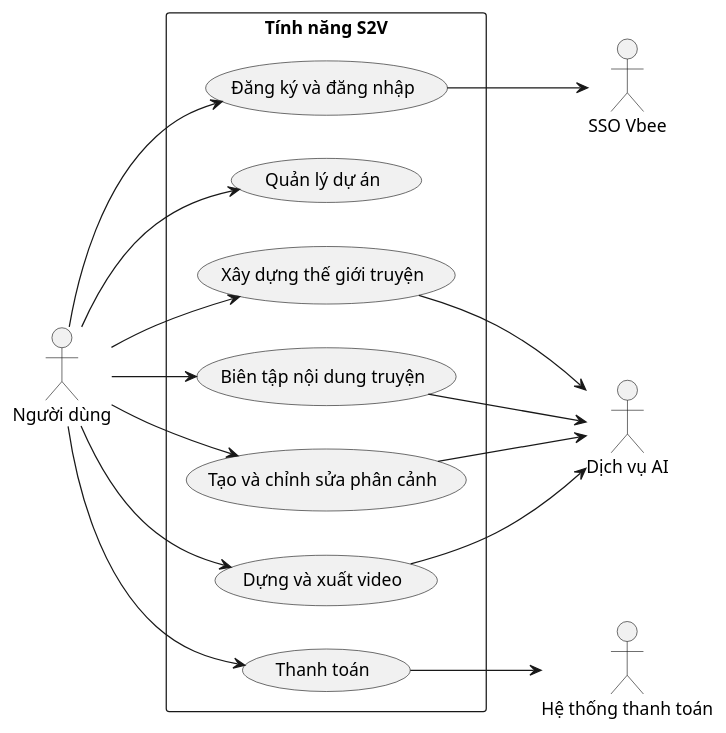
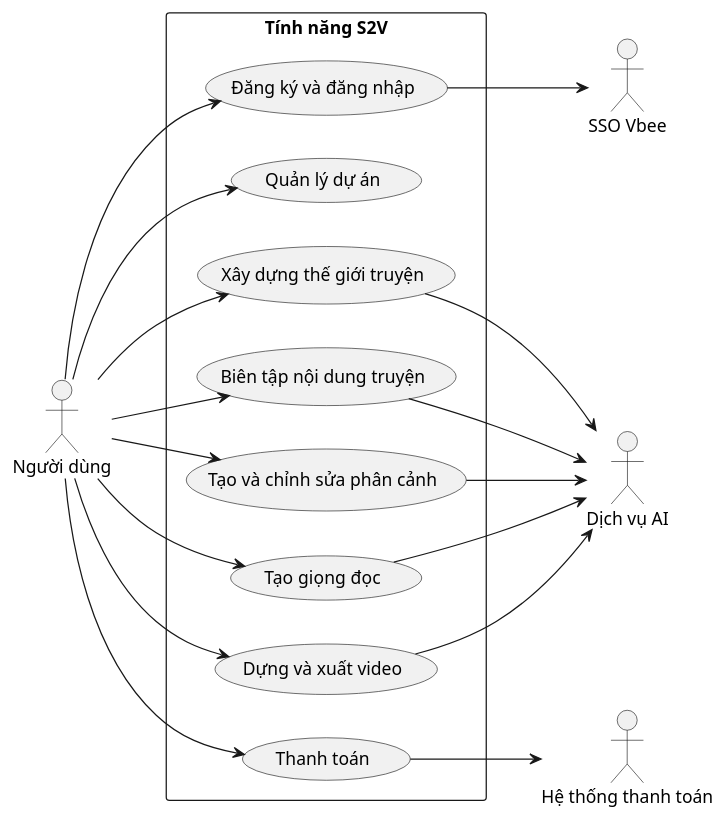
One commit to 202416852-anhpv/story2video-docs changed the diagram in docs/bieu-do-uc/tong-quat.puml. Above: the diagram before and after it, drawn with PlantUML.

Commit message:
them uc cho sd tong quan

```diff
--- a/docs/bieu-do-uc/tong-quat.puml
+++ b/docs/bieu-do-uc/tong-quat.puml
@@ -1,34 +1,37 @@
 @startuml tong-quat
 left to right direction
 
 actor "Người dùng" as User
 actor "SSO Vbee" as SSO
 actor "Dịch vụ AI" as AI_Service
 actor "Hệ thống thanh toán" as PAY_SYS
 
 rectangle "Tính năng S2V" {
     usecase "Đăng ký và đăng nhập" as UC_01
     usecase "Quản lý dự án" as UC_02
     usecase "Xây dựng thế giới truyện" as UC_03
     usecase "Biên tập nội dung truyện" as UC_04
     usecase "Tạo và chỉnh sửa phân cảnh" as UC_05
+    usecase "Tạo giọng đọc" as UC_08
     usecase "Dựng và xuất video" as UC_06
     usecase "Thanh toán" as UC_07
 }
 
 User --> UC_01
 User --> UC_02
 User --> UC_03
 User --> UC_04
 User --> UC_05
 User --> UC_06
 User --> UC_07
+User --> UC_08
 
 UC_07 --> PAY_SYS
 UC_01 --> SSO
 UC_03 --> AI_Service
 UC_04 --> AI_Service
 UC_05 --> AI_Service
 UC_06 --> AI_Service
+UC_08 --> AI_Service
 
 @enduml
```
